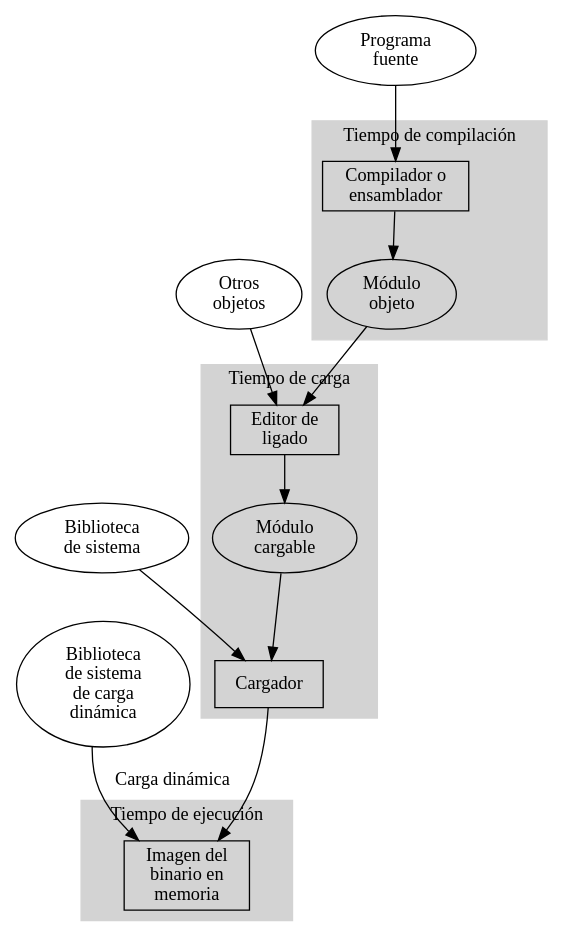
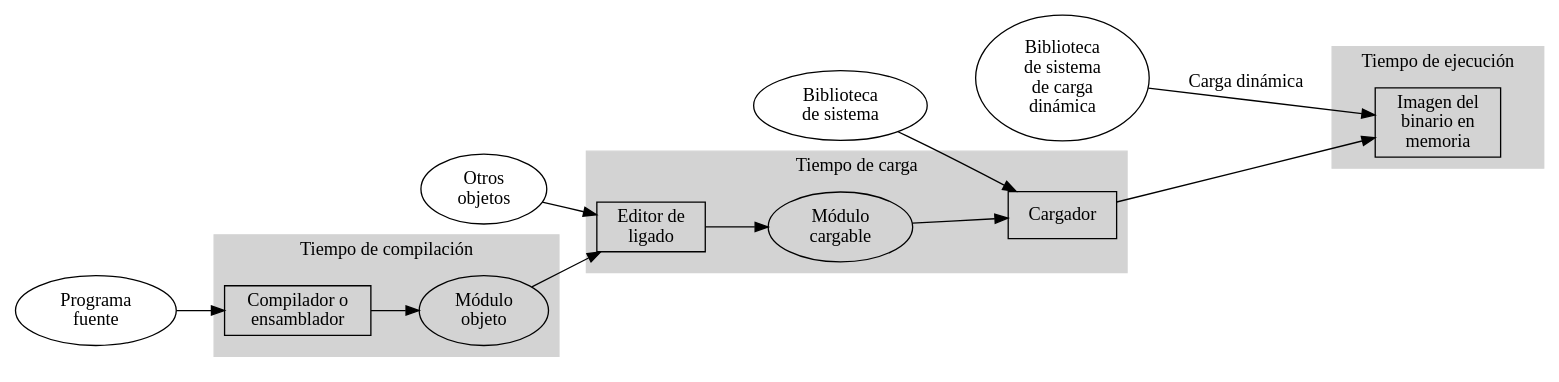
The diagram in laminas/09-funciones-admin-memoria.org (gwolf/sistop), drawn with Graphviz before and after one commit. The commit also changed other lines of this file and 2 other files, not shown here.

Commit message:
Reemplazo un diagrama de Silberschatz con uno propio

```diff
--- a/laminas/09-funciones-admin-memoria.org
+++ b/laminas/09-funciones-admin-memoria.org
@@ -325,44 +341,45 @@
 #+begin_src dot :exports results :file ltxpng/tipo_resol_direcc.png
   digraph G {
+          rankdir = LR;
           subgraph cluster0 {
                   label="Tiempo de compilación";
                   color=lightgray;
 		  style=filled;
                   compilador;
                   objmod;
           }
           subgraph cluster1 {
                   label="Tiempo de carga";
                   color=lightgray;
 		  style=filled;
                   ligado;
 		  modulo;
 		  cargador;
           }
           subgraph cluster2 {
                   label="Tiempo de ejecución";
                   color=lightgray;
 		  style=filled;
                   imagenram;
           }
           fuente -> compilador -> objmod -> ligado -> modulo -> cargador -> imagenram;
           otrosobj -> ligado;
           bibliosist -> cargador;
           dll -> imagenram [label = "Carga dinámica"];
 
           fuente [label="Programa\nfuente"];
           compilador [label="Compilador o\nensamblador",
                       shape = box];
           objmod [label="Módulo\nobjeto"];
           otrosobj [label="Otros\nobjetos"];
           ligado [label="Editor de\nligado",
                   shape = box];
           modulo [label="Módulo\ncargable"];
           bibliosist [label="Biblioteca\nde sistema"]
           cargador [label="Cargador",
                     shape = box];
           dll [label="Biblioteca\nde sistema\nde carga\ndinámica"];
           imagenram [label="Imagen del\nbinario en\nmemoria",
                      shape = box];
   }
 #+end_src
```
